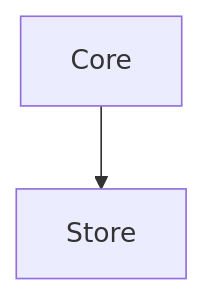
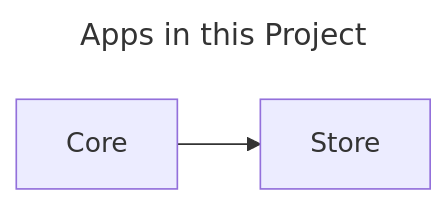
The first of 2 diagrams in README.md (phatnguyen9722/e-store), drawn with Mermaid before and after one commit. The commit also changed other lines of this file and 2 other files, not shown here.

Commit message:
[MODIFY] minor changes

````diff
--- a/README.md
+++ b/README.md
@@ -7,4 +7,7 @@
 ```mermaid
-graph TD;
+---
+title: Apps in this Project
+---
+graph LR;
     Core --> Store;
 ```
````
